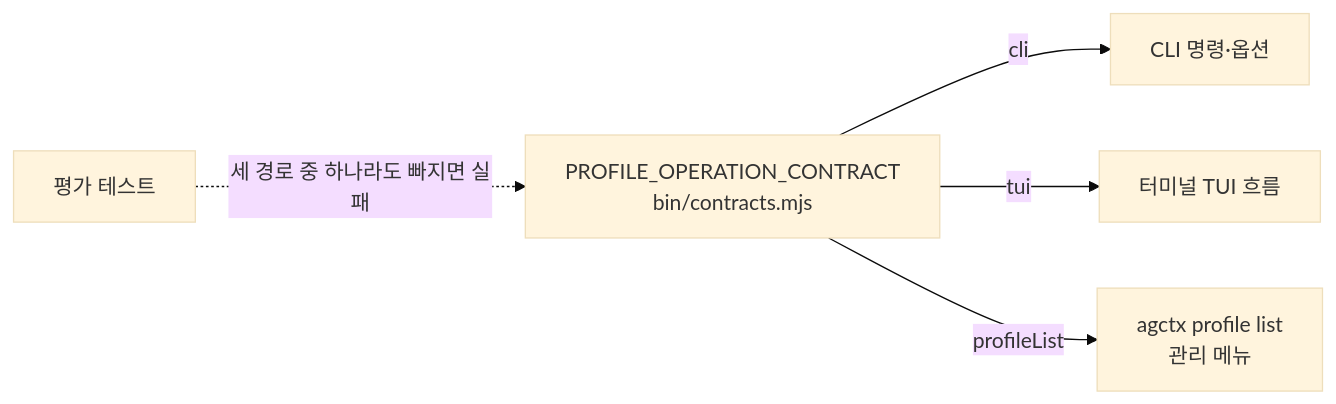
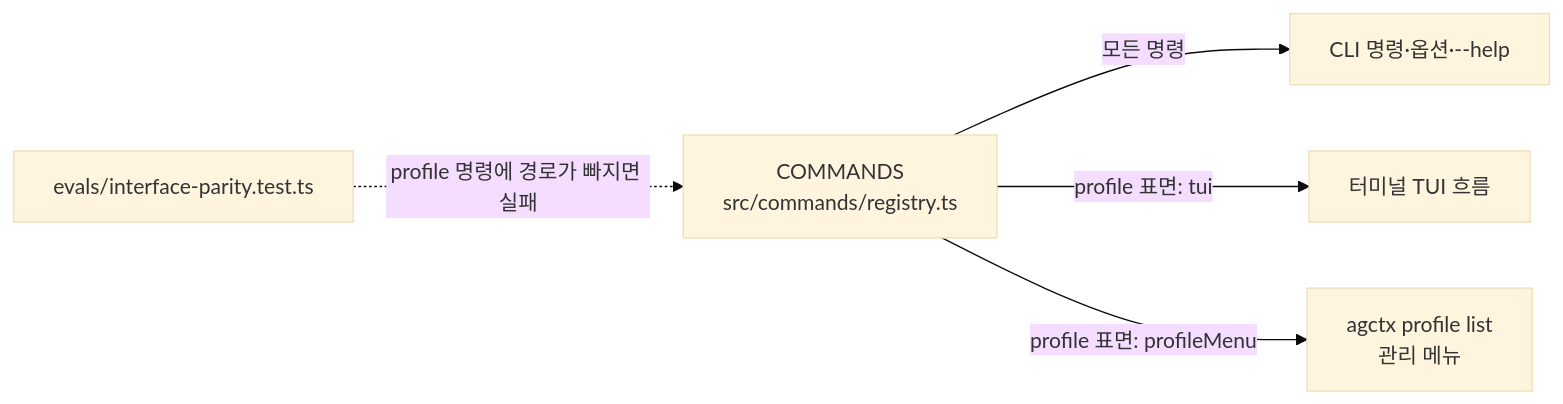
The first of 2 diagrams in docs/discussion/architecture/topics/implementation-contracts.md (IsthisLee/agent-context-manager), drawn with Mermaid (base theme) before and after one commit. The commit also changed other lines of this file and 60 other files, not shown here.

````diff
--- a/docs/discussion/architecture/topics/implementation-contracts.md
+++ b/docs/discussion/architecture/topics/implementation-contracts.md
@@ -17,7 +17,7 @@
 ```mermaid
 flowchart LR
-  REG["PROFILE_OPERATION_CONTRACT<br/>bin/contracts.mjs"] -->|cli| CLI["CLI 명령·옵션"]
-  REG -->|tui| TUI["터미널 TUI 흐름"]
-  REG -->|profileList| MENU["agctx profile list<br/>관리 메뉴"]
-  EVAL["평가 테스트"] -.->|세 경로 중 하나라도 빠지면 실패| REG
+  REG["COMMANDS<br/>src/commands/registry.ts"] -->|"모든 명령"| CLI["CLI 명령·옵션·--help"]
+  REG -->|"profile 표면: tui"| TUI["터미널 TUI 흐름"]
+  REG -->|"profile 표면: profileMenu"| MENU["agctx profile list<br/>관리 메뉴"]
+  EVAL["evals/interface-parity.test.ts"] -.->|"profile 명령에 경로가 빠지면 실패"| REG
 ```
````
